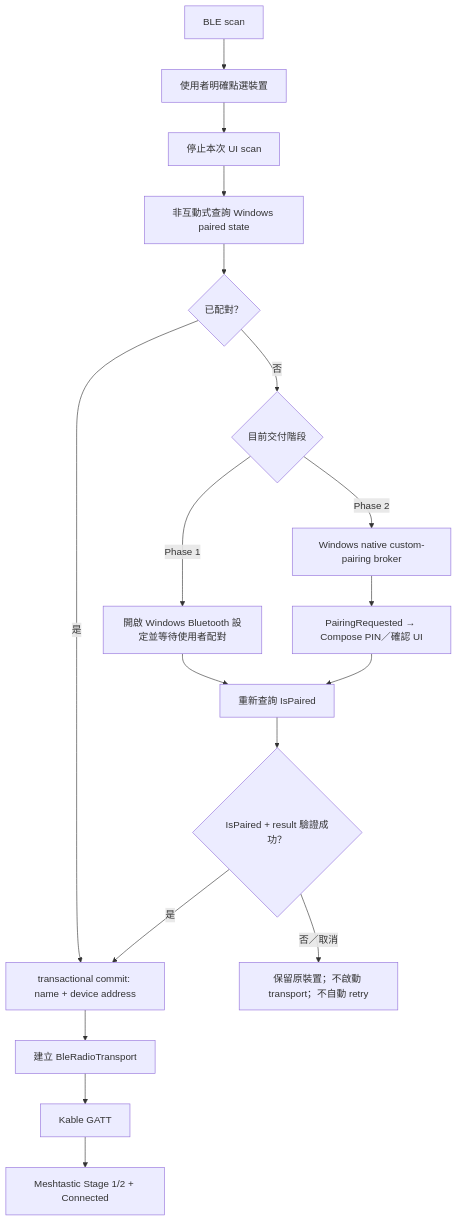
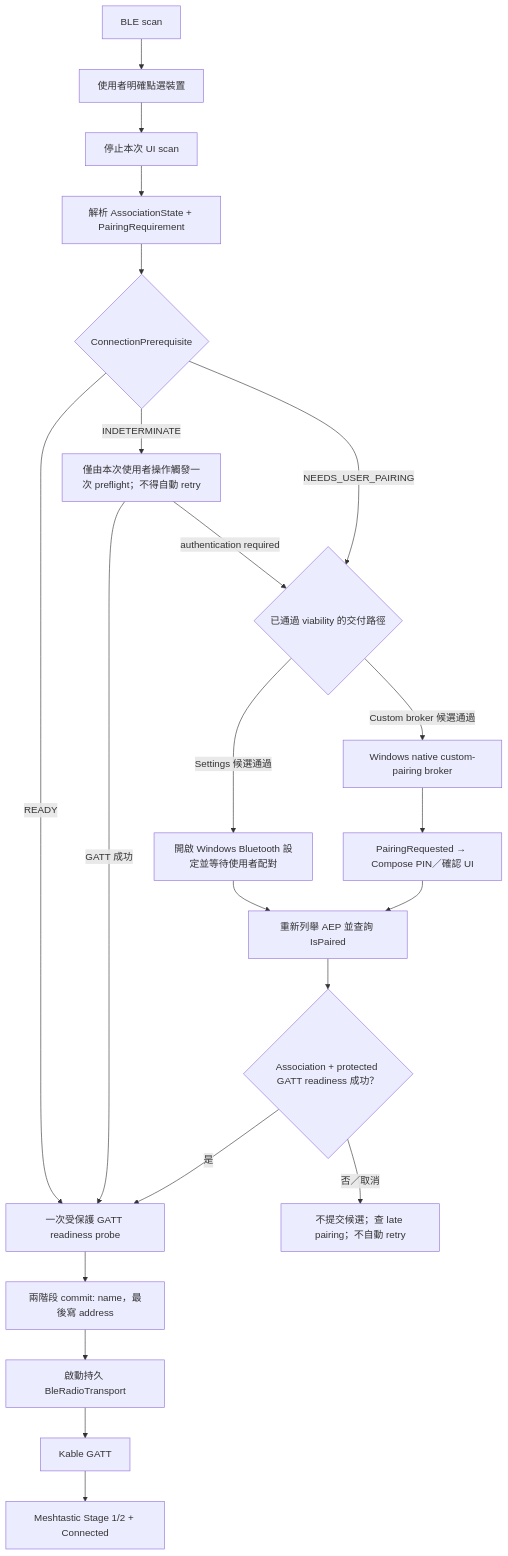
One commit to nuclear718/ntsocial-mesh-gateway-android changed the second of 2 diagrams in WINDOWS_BLE_PAIRING_FAILURE_ANALYSIS.md. Above: the diagram before and after it, drawn with Mermaid. The commit also changed other lines of this file, not shown here.

````diff
--- a/WINDOWS_BLE_PAIRING_FAILURE_ANALYSIS.md
+++ b/WINDOWS_BLE_PAIRING_FAILURE_ANALYSIS.md
@@ -485,20 +487,24 @@
 ```mermaid
 flowchart TD
     A["BLE scan"] --> B["使用者明確點選裝置"]
     B --> C["停止本次 UI scan"]
-    C --> D["非互動式查詢 Windows paired state"]
-    D --> E{"已配對？"}
-    E -- "是" --> J["transactional commit: name + device address"]
-    E -- "否" --> F{"目前交付階段"}
-    F -- "Phase 1" --> G["開啟 Windows Bluetooth 設定並等待使用者配對"]
-    F -- "Phase 2" --> H["Windows native custom-pairing broker"]
+    C --> D["解析 AssociationState + PairingRequirement"]
+    D --> E{"ConnectionPrerequisite"}
+    E -- "READY" --> V["一次受保護 GATT readiness probe"]
+    E -- "INDETERMINATE" --> Q["僅由本次使用者操作觸發一次 preflight；不得自動 retry"]
+    Q -- "GATT 成功" --> V
+    Q -- "authentication required" --> F
+    E -- "NEEDS_USER_PAIRING" --> F{"已通過 viability 的交付路徑"}
+    F -- "Settings 候選通過" --> G["開啟 Windows Bluetooth 設定並等待使用者配對"]
+    F -- "Custom broker 候選通過" --> H["Windows native custom-pairing broker"]
     H --> I["PairingRequested → Compose PIN／確認 UI"]
-    G --> K["重新查詢 IsPaired"]
+    G --> K["重新列舉 AEP 並查詢 IsPaired"]
     I --> K
-    K --> L{"IsPaired + result 驗證成功？"}
-    L -- "否／取消" --> M["保留原裝置；不啟動 transport；不自動 retry"]
-    L -- "是" --> J
-    J --> N["建立 BleRadioTransport"]
+    K --> L{"Association + protected GATT readiness 成功？"}
+    L -- "否／取消" --> M["不提交候選；查 late pairing；不自動 retry"]
+    L -- "是" --> V
+    V --> J["兩階段 commit: name，最後寫 address"]
+    J --> N["啟動持久 BleRadioTransport"]
     N --> O["Kable GATT"]
     O --> P["Meshtastic Stage 1/2 + Connected"]
 ```
````
